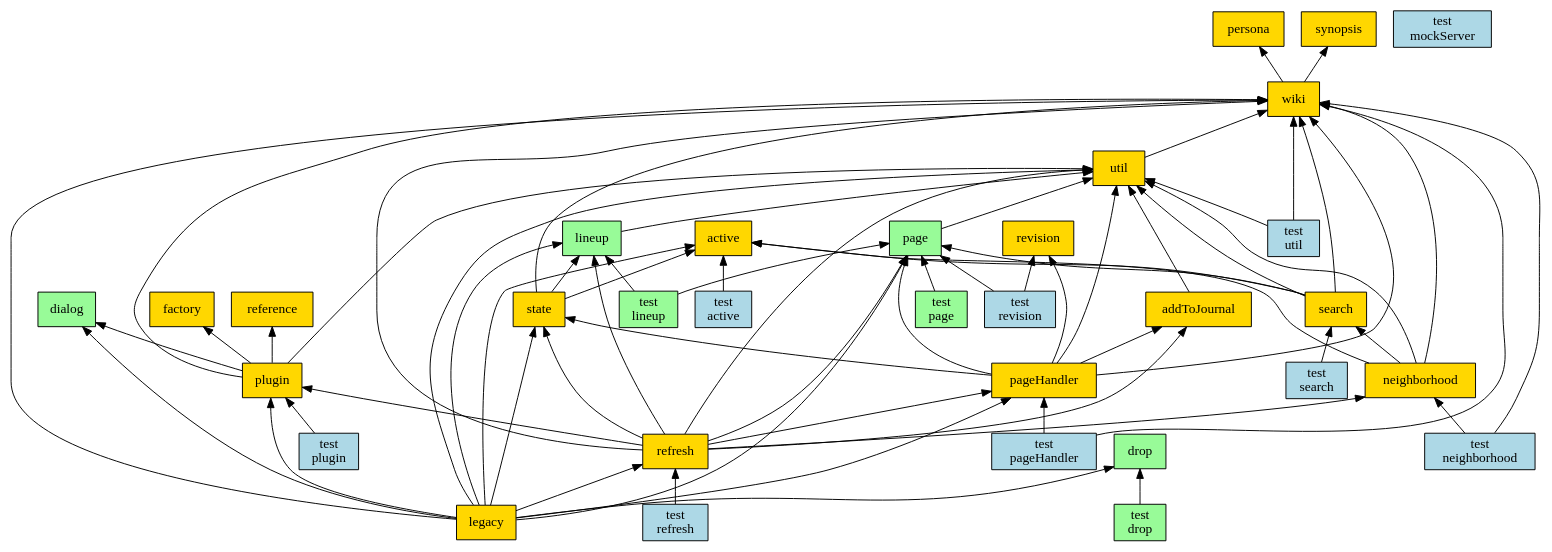
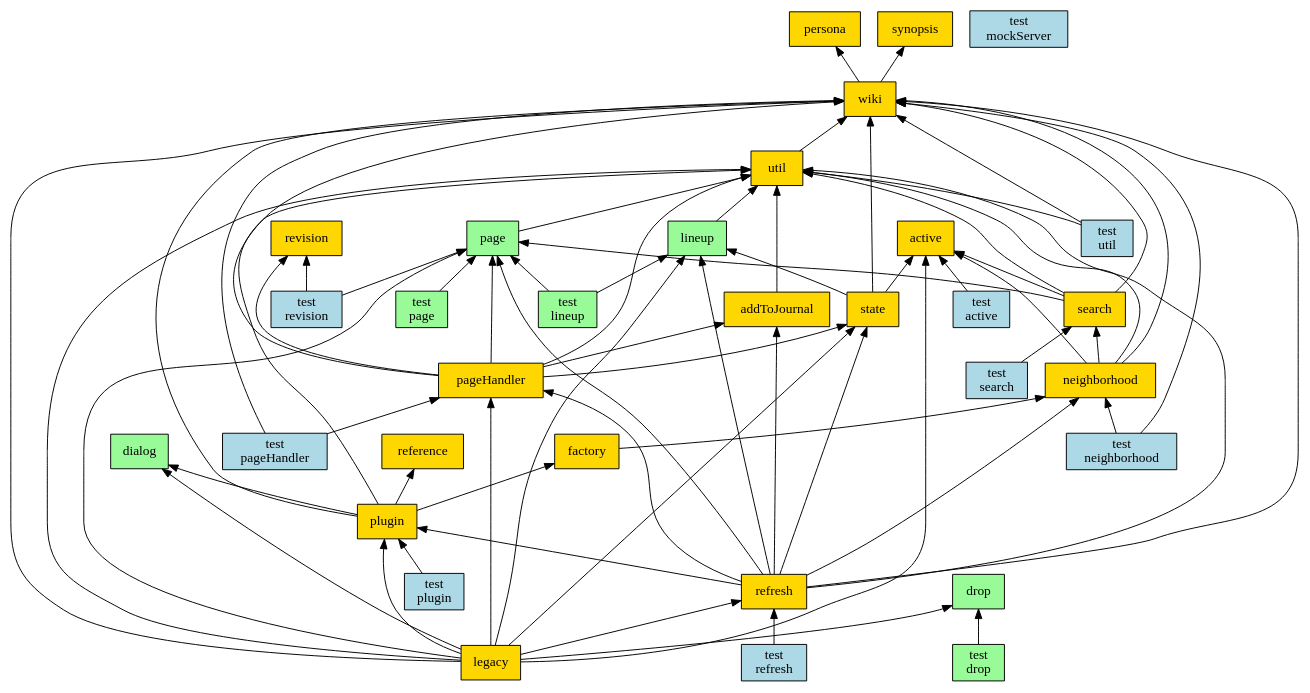
One commit to fedwiki/wiki-client changed the diagram in scripts/requires-graph.dot. Above: the diagram before and after it, drawn with Graphviz. The commit also changed 2 other files, not shown here.

```diff
--- a/scripts/requires-graph.dot
+++ b/scripts/requires-graph.dot
@@ -1,130 +1,131 @@
 digraph { node [style=filled shape=box];
 
 active [fillcolor=gold];
 
 addToJournal [fillcolor=gold];
 util -> addToJournal [dir=back];
 
 dialog [fillcolor=paleGreen];
 
 drop [fillcolor=paleGreen];
 
 factory [fillcolor=gold];
+neighborhood -> factory [dir=back];
 
 legacy [fillcolor=gold];
 wiki -> legacy [dir=back];
 util -> legacy [dir=back];
 pageHandler -> legacy [dir=back];
 plugin -> legacy [dir=back];
 state -> legacy [dir=back];
 active -> legacy [dir=back];
 refresh -> legacy [dir=back];
 page -> legacy [dir=back];
 lineup -> legacy [dir=back];
 drop -> legacy [dir=back];
 dialog -> legacy [dir=back];
 
 lineup [fillcolor=paleGreen];
 util -> lineup [dir=back];
 
 neighborhood [fillcolor=gold];
 wiki -> neighborhood [dir=back];
 active -> neighborhood [dir=back];
 util -> neighborhood [dir=back];
 search -> neighborhood [dir=back];
 
 page [fillcolor=paleGreen];
 util -> page [dir=back];
 
 pageHandler [fillcolor=gold];
 wiki -> pageHandler [dir=back];
 util -> pageHandler [dir=back];
 state -> pageHandler [dir=back];
 revision -> pageHandler [dir=back];
 addToJournal -> pageHandler [dir=back];
 page -> pageHandler [dir=back];
 
 persona [fillcolor=gold];
 
 plugin [fillcolor=gold];
 util -> plugin [dir=back];
 wiki -> plugin [dir=back];
 dialog -> plugin [dir=back];
 reference -> plugin [dir=back];
 factory -> plugin [dir=back];
 
 reference [fillcolor=gold];
 
 refresh [fillcolor=gold];
 util -> refresh [dir=back];
 pageHandler -> refresh [dir=back];
 page -> refresh [dir=back];
 plugin -> refresh [dir=back];
 state -> refresh [dir=back];
 neighborhood -> refresh [dir=back];
 addToJournal -> refresh [dir=back];
 wiki -> refresh [dir=back];
 lineup -> refresh [dir=back];
 
 revision [fillcolor=gold];
 
 search [fillcolor=gold];
 wiki -> search [dir=back];
 util -> search [dir=back];
 active -> search [dir=back];
 page -> search [dir=back];
 
 state [fillcolor=gold];
 wiki -> state [dir=back];
 active -> state [dir=back];
 lineup -> state [dir=back];
 
 synopsis [fillcolor=gold];
 
 util [fillcolor=gold];
 wiki -> util [dir=back];
 
 wiki [fillcolor=gold];
 synopsis -> wiki [dir=back];
 persona -> wiki [dir=back];
 
 "test\nactive" [fillcolor=lightBlue];
 active -> "test\nactive" [dir=back];
 
 "test\ndrop" [fillcolor=paleGreen];
 drop -> "test\ndrop" [dir=back];
 
 "test\nlineup" [fillcolor=paleGreen];
 lineup -> "test\nlineup" [dir=back];
 page -> "test\nlineup" [dir=back];
 
 "test\nmockServer" [fillcolor=lightBlue];
 
 "test\nneighborhood" [fillcolor=lightBlue];
 wiki -> "test\nneighborhood" [dir=back];
 neighborhood -> "test\nneighborhood" [dir=back];
 
 "test\npage" [fillcolor=paleGreen];
 page -> "test\npage" [dir=back];
 
 "test\npageHandler" [fillcolor=lightBlue];
 wiki -> "test\npageHandler" [dir=back];
 pageHandler -> "test\npageHandler" [dir=back];
 
 "test\nplugin" [fillcolor=lightBlue];
 plugin -> "test\nplugin" [dir=back];
 
 "test\nrefresh" [fillcolor=lightBlue];
 refresh -> "test\nrefresh" [dir=back];
 
 "test\nrevision" [fillcolor=lightBlue];
 page -> "test\nrevision" [dir=back];
 revision -> "test\nrevision" [dir=back];
 
 "test\nsearch" [fillcolor=lightBlue];
 search -> "test\nsearch" [dir=back];
 
 "test\nutil" [fillcolor=lightBlue];
 wiki -> "test\nutil" [dir=back];
 util -> "test\nutil" [dir=back];
 }
```
